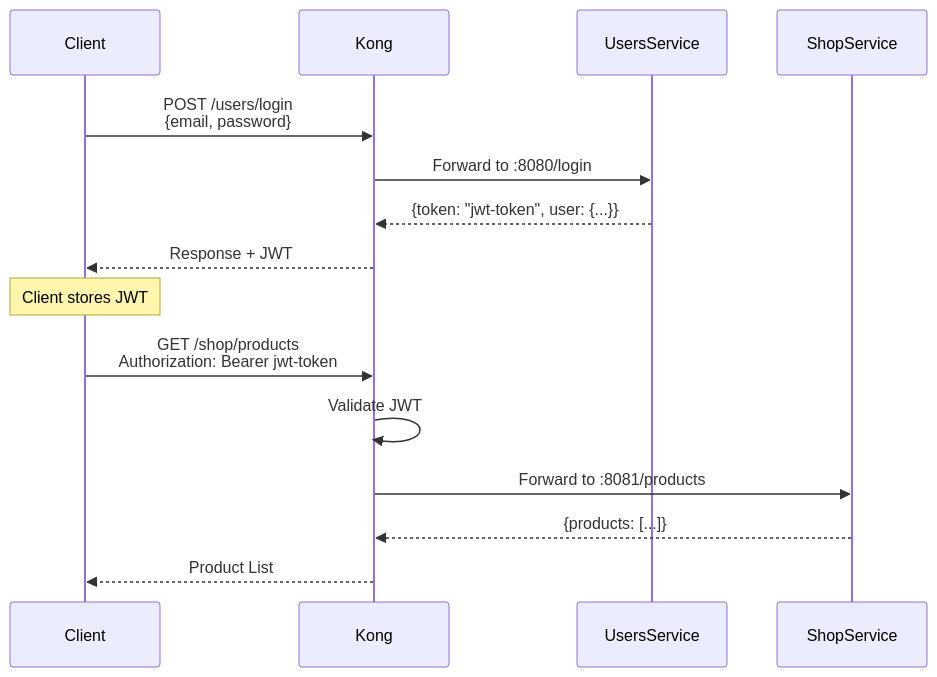
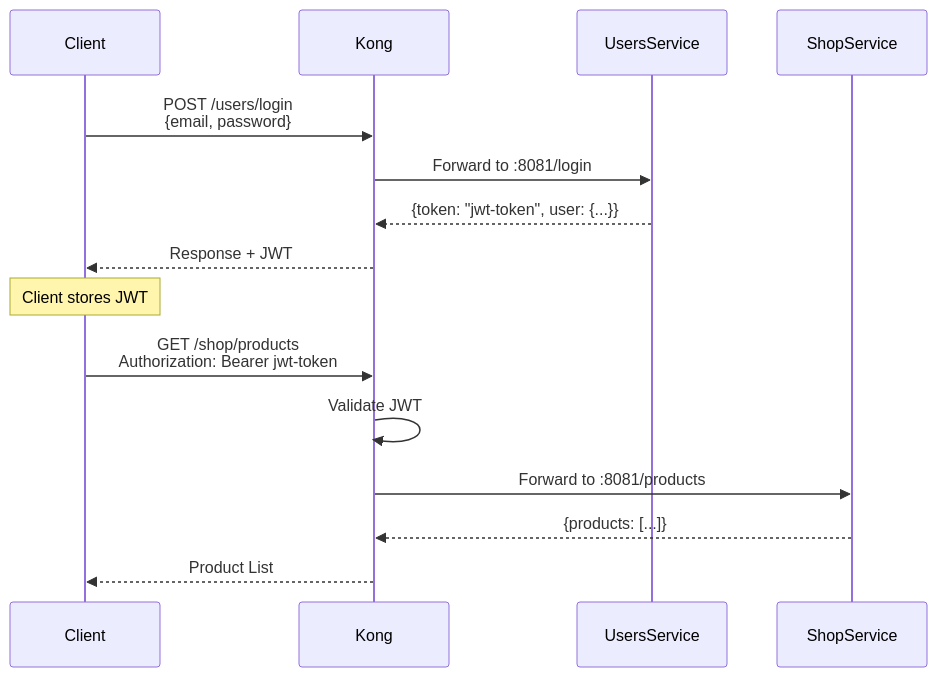
The second of 2 diagrams in README.md (Wattanaroj2567/Mini-Project-Golang), drawn with Mermaid before and after one commit. The commit also changed other lines of this file, not shown here.

````diff
--- a/README.md
+++ b/README.md
@@ -138,20 +182,20 @@
 ```mermaid
 sequenceDiagram
     participant Client
     participant Kong
     participant UsersService
     participant ShopService
 
     Client->>Kong: POST /users/login<br/>{email, password}
-    Kong->>UsersService: Forward to :8080/login
+    Kong->>UsersService: Forward to :8081/login
     UsersService-->>Kong: {token: "jwt-token", user: {...}}
     Kong-->>Client: Response + JWT
 
     Note over Client: Client stores JWT
 
     Client->>Kong: GET /shop/products<br/>Authorization: Bearer jwt-token
     Kong->>Kong: Validate JWT
     Kong->>ShopService: Forward to :8081/products
     ShopService-->>Kong: {products: [...]}
     Kong-->>Client: Product List
 ```
````
